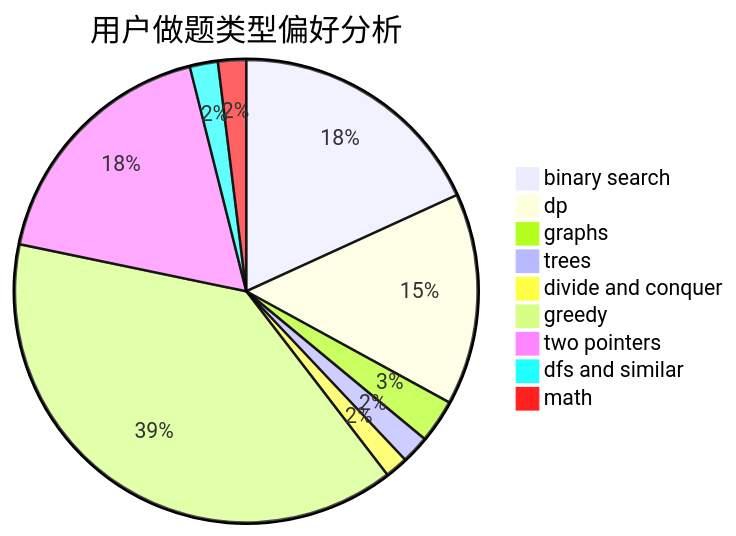
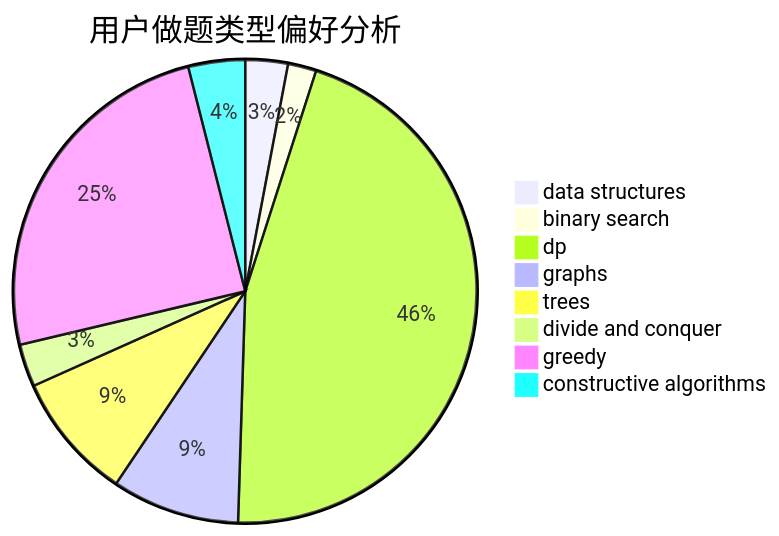
Before and after one commit to sherpahu/cfrs.github.io: the second of 3 diagrams in docs/user/u2396.md, drawn with Mermaid. The commit also changed other lines of this file and 2775 other files, not shown here.

````diff
--- a/docs/user/u2396.md
+++ b/docs/user/u2396.md
@@ -23,12 +23,11 @@
 ```mermaid
 pie title 用户做题类型偏好分析
-    "binary search" :  102
-    "dp" :  83
-    "graphs" :  17
-    "trees" :  11
-    "divide and conquer" :  9
-    "greedy" :  217
-    "two pointers" :  100
-    "dfs and similar" :  11
-    "math" :  11
+    "data structures" :  3
+    "binary search" :  2
+    "dp" :  46
+    "graphs" :  9
+    "trees" :  9
+    "divide and conquer" :  3
+    "greedy" :  25
+    "constructive algorithms" :  4
 ```
````
